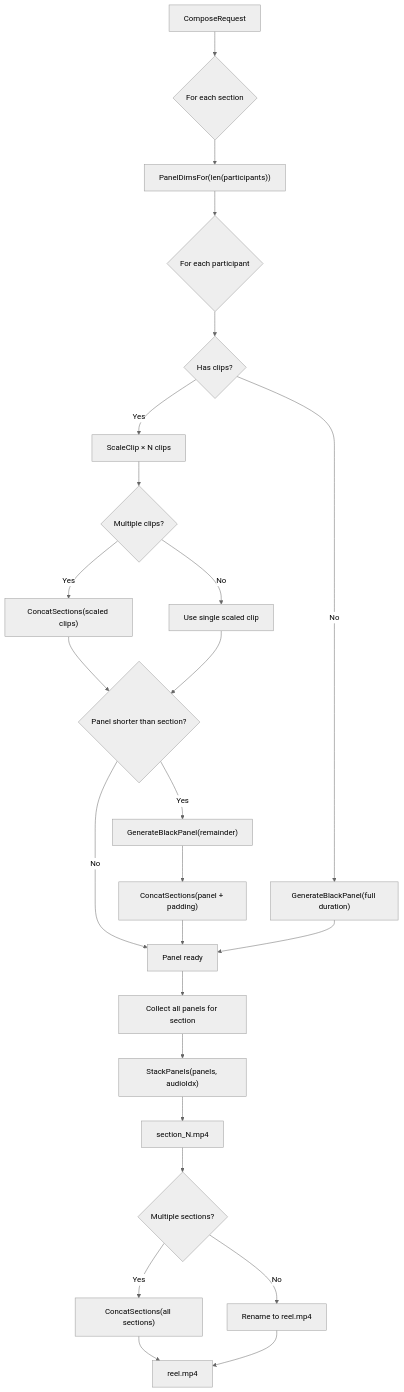
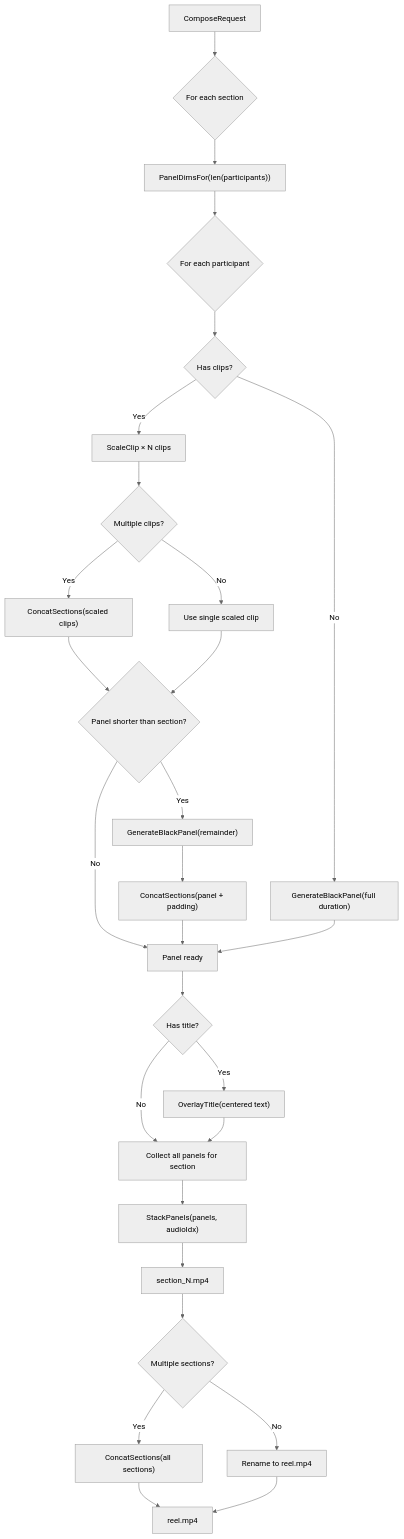
The second of 3 diagrams in server/internal/ffmpeg/ARCHITECTURE.md (byuly/velo), drawn with Mermaid (neutral theme) before and after one commit. The commit also changed other lines of this file, not shown here.

Commit message:
docs: update FFmpeg architecture diagram with OverlayTitle

````diff
--- a/server/internal/ffmpeg/ARCHITECTURE.md
+++ b/server/internal/ffmpeg/ARCHITECTURE.md
@@ -74,30 +77,35 @@
 ```mermaid
 flowchart TD
     A[ComposeRequest] --> B{For each section}
     B --> C["PanelDimsFor(len(participants))"]
     C --> D{For each participant}
 
     D --> E{Has clips?}
     E -- No --> F["GenerateBlackPanel(full duration)"]
     E -- Yes --> G[ScaleClip × N clips]
     G --> H{Multiple clips?}
     H -- Yes --> I["ConcatSections(scaled clips)"]
     H -- No --> J[Use single scaled clip]
     I --> K{Panel shorter than section?}
     J --> K
     K -- Yes --> L["GenerateBlackPanel(remainder)"]
     L --> M["ConcatSections(panel + padding)"]
     K -- No --> N[Panel ready]
     M --> N
     F --> N
 
-    N --> O[Collect all panels for section]
+    N --> N2{Has title?}
+    N2 -- Yes --> N3["OverlayTitle(centered text)"]
+    N2 -- No --> O
+    N3 --> O
+
+    O[Collect all panels for section]
     O --> P["StackPanels(panels, audioIdx)"]
     P --> Q[section_N.mp4]
 
     Q --> R{Multiple sections?}
     R -- Yes --> S["ConcatSections(all sections)"]
     R -- No --> T[Rename to reel.mp4]
     S --> U[reel.mp4]
     T --> U
 ```
````
